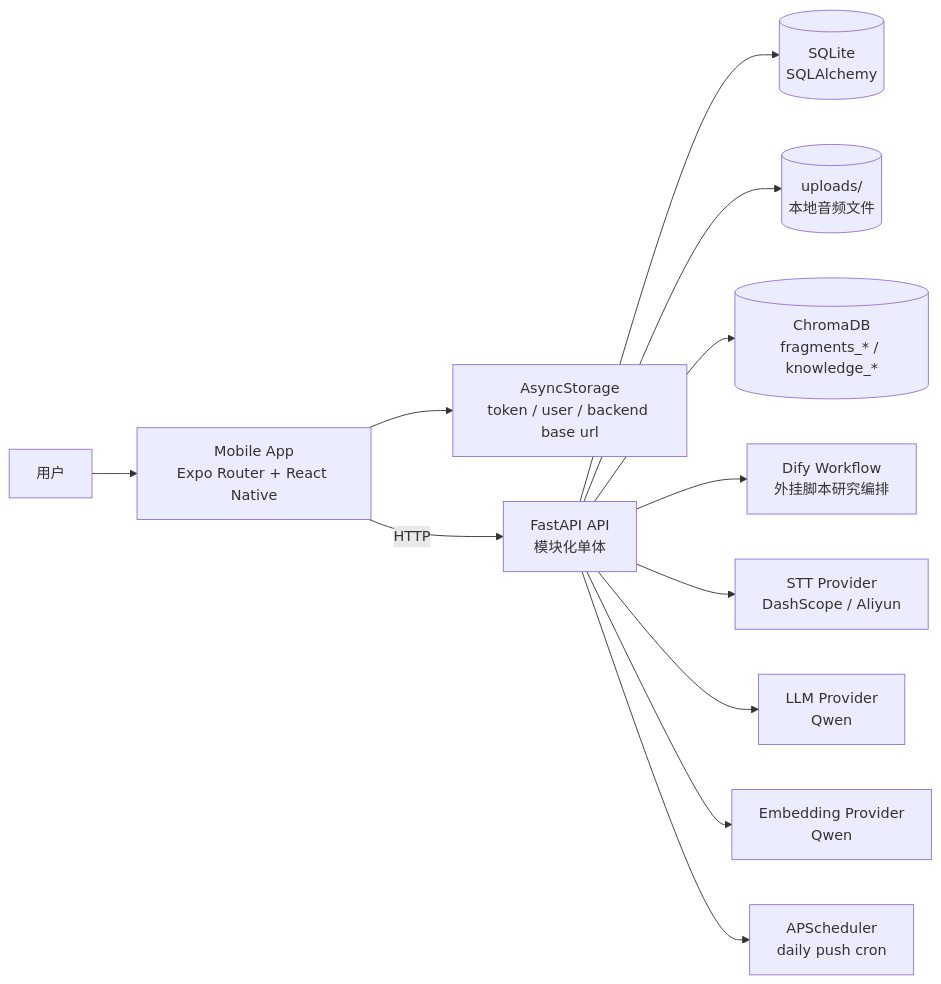
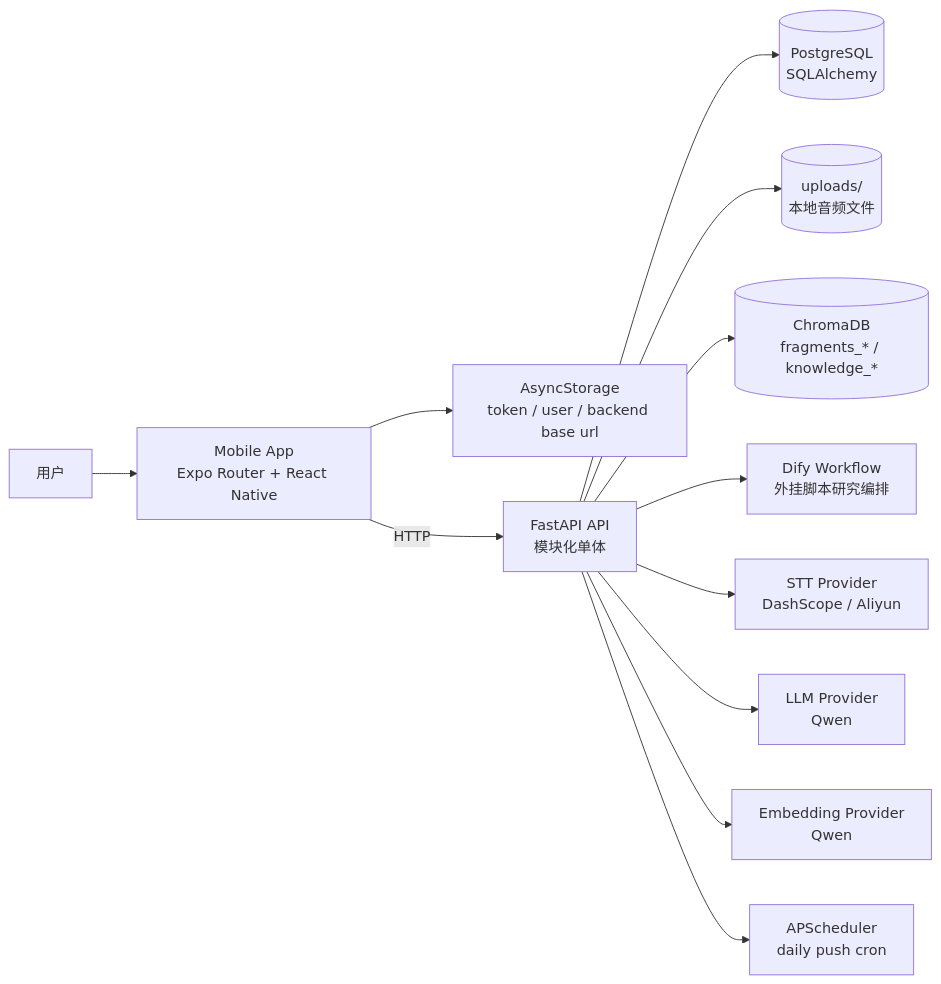
The first of 9 diagrams in memory-bank/architecture.md (YCZA2/SparkFlow), drawn with Mermaid before and after one commit. The commit also changed other lines of this file and 31 other files, not shown here.

````diff
--- a/memory-bank/architecture.md
+++ b/memory-bank/architecture.md
@@ -9,27 +9,27 @@
 ```mermaid
 flowchart LR
     U["用户"]
     M["Mobile App<br/>Expo Router + React Native"]
     S["AsyncStorage<br/>token / user / backend base url"]
     API["FastAPI API<br/>模块化单体"]
-    DB[("SQLite<br/>SQLAlchemy")]
+    DB[("PostgreSQL<br/>SQLAlchemy")]
     FS[("uploads/<user_id><br/>本地音频文件")]
     CHROMA[("ChromaDB<br/>fragments_* / knowledge_*")]
     DIFY["Dify Workflow<br/>外挂脚本研究编排"]
     STT["STT Provider<br/>DashScope / Aliyun"]
     LLM["LLM Provider<br/>Qwen"]
     EMB["Embedding Provider<br/>Qwen"]
     SCH["APScheduler<br/>daily push cron"]
 
     U --> M
     M --> S
     M -->|HTTP| API
     API --> DB
     API --> FS
     API --> CHROMA
     API --> DIFY
     API --> STT
     API --> LLM
     API --> EMB
     API --> SCH
 ```
````
